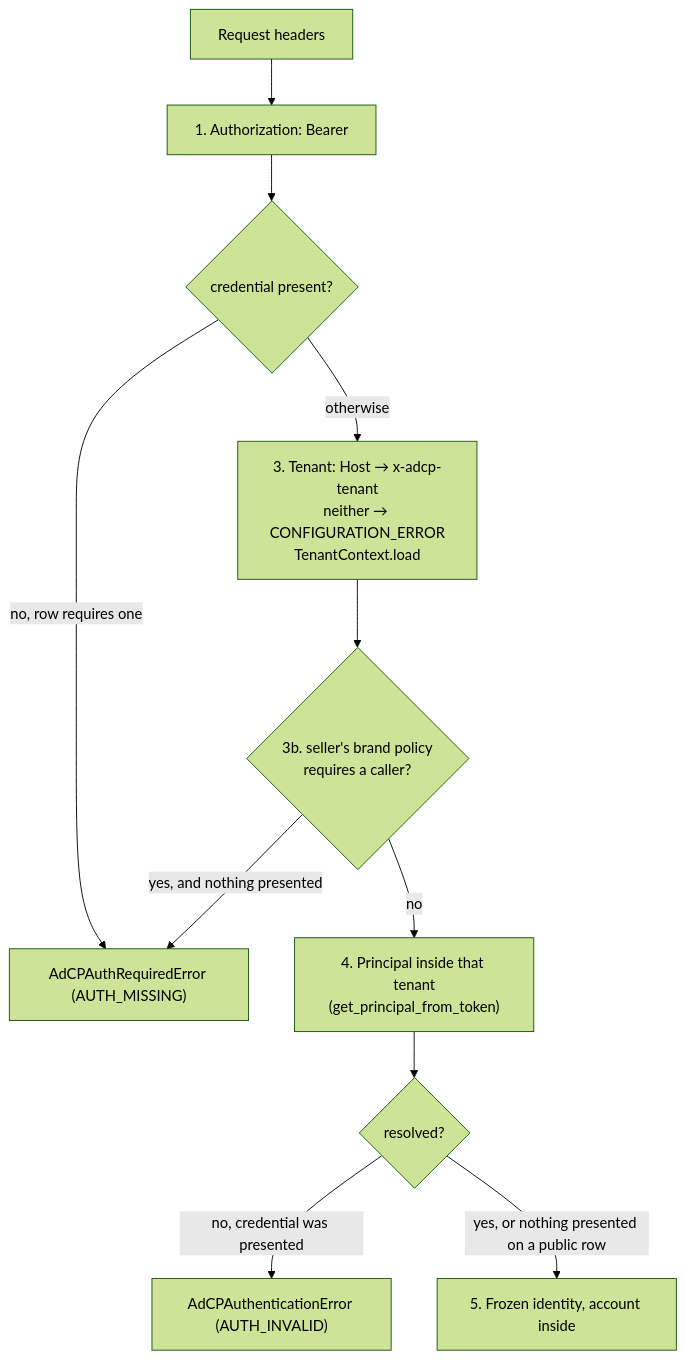
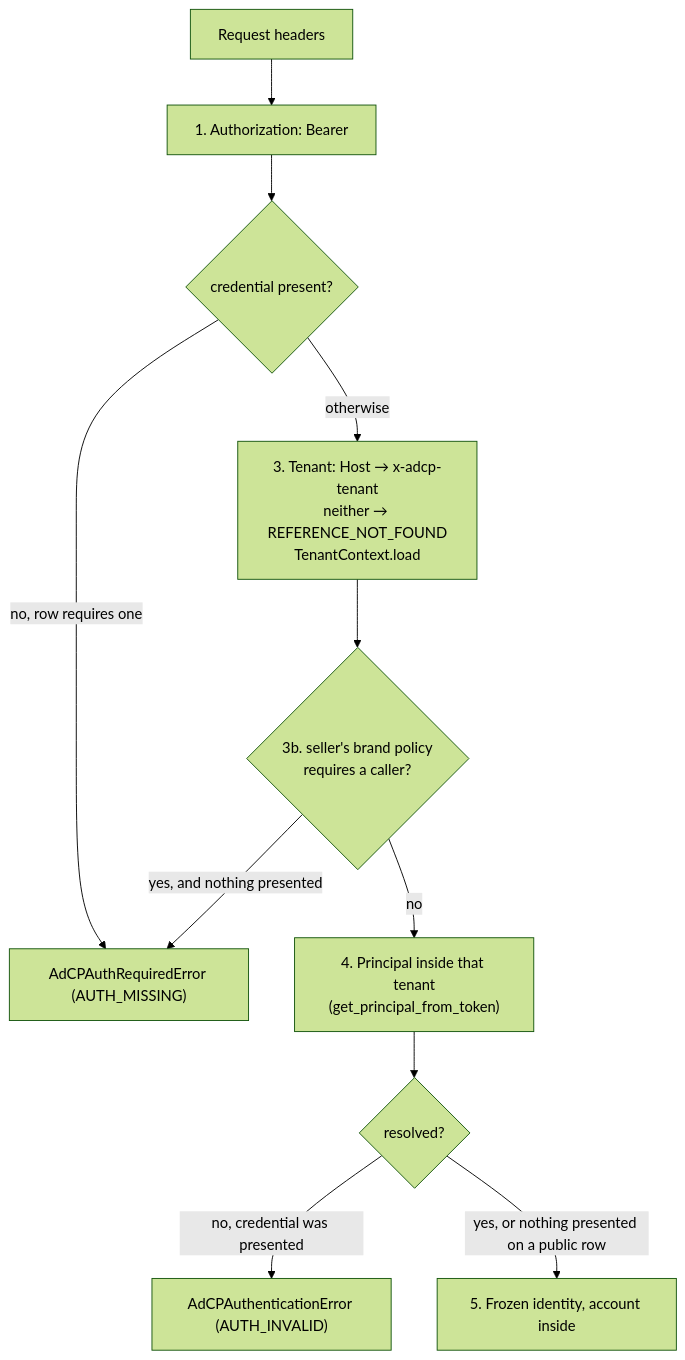
Before and after one commit to KonstantinMirin/prebid-salesagent: the third of 4 diagrams in docs/development/request-lifecycle.md, drawn with Mermaid (forest theme). The commit also changed other lines of this file and 22 other files, not shown here.

First line of the commit message:
fix: answer a host no tenant declares with REFERENCE_NOT_FOUND, not a 500

````diff
--- a/docs/development/request-lifecycle.md
+++ b/docs/development/request-lifecycle.md
@@ -415,13 +415,13 @@
 ```mermaid
 flowchart TD
     hdrs["Request headers"] --> token["1. Authorization: Bearer"]
     token --> missing{"credential present?"}
     missing -->|"no, row requires one"| am["AdCPAuthRequiredError (AUTH_MISSING)"]
-    missing -->|"otherwise"| tenant["3. Tenant: Host → x-adcp-tenant\nneither → CONFIGURATION_ERROR\nTenantContext.load"]
+    missing -->|"otherwise"| tenant["3. Tenant: Host → x-adcp-tenant\nneither → REFERENCE_NOT_FOUND\nTenantContext.load"]
     tenant --> policy{"3b. seller's brand policy\nrequires a caller?"}
     policy -->|"yes, and nothing presented"| am
     policy -->|"no"| principal["4. Principal inside that tenant\n(get_principal_from_token)"]
     principal --> valid{"resolved?"}
     valid -->|"no, credential was presented"| ai["AdCPAuthenticationError (AUTH_INVALID)"]
     valid -->|"yes, or nothing presented on a public row"| rid["5. Frozen identity, account inside"]
 ```
````
